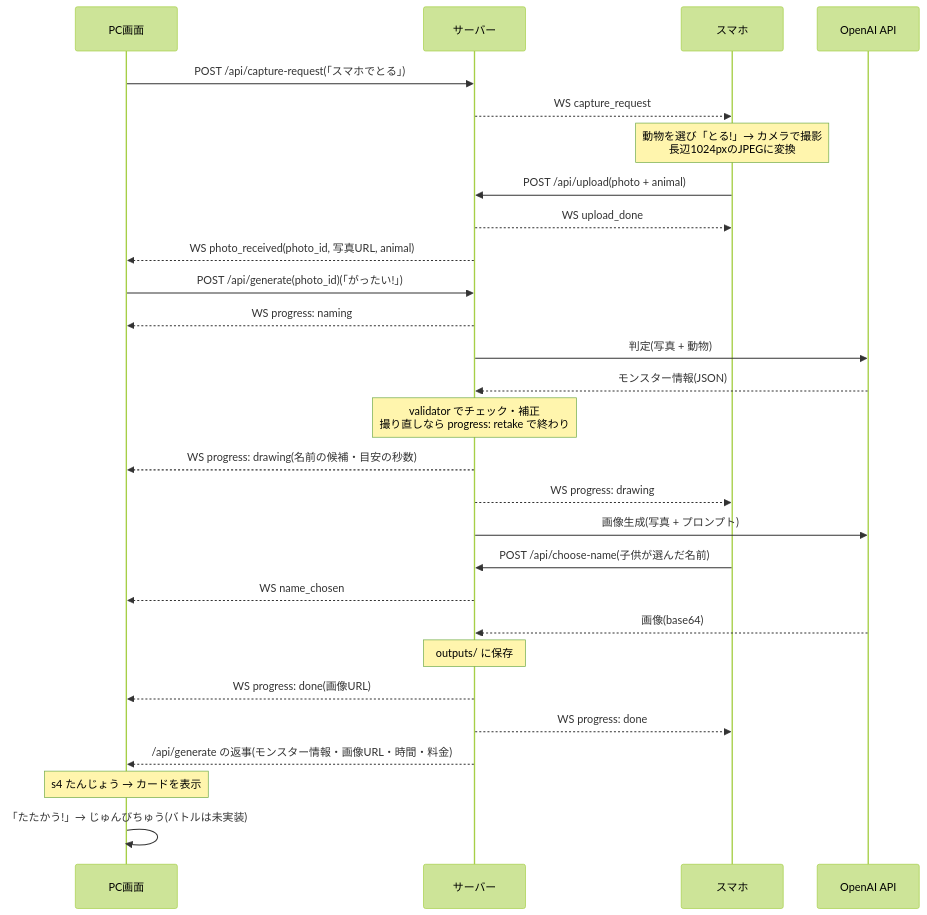
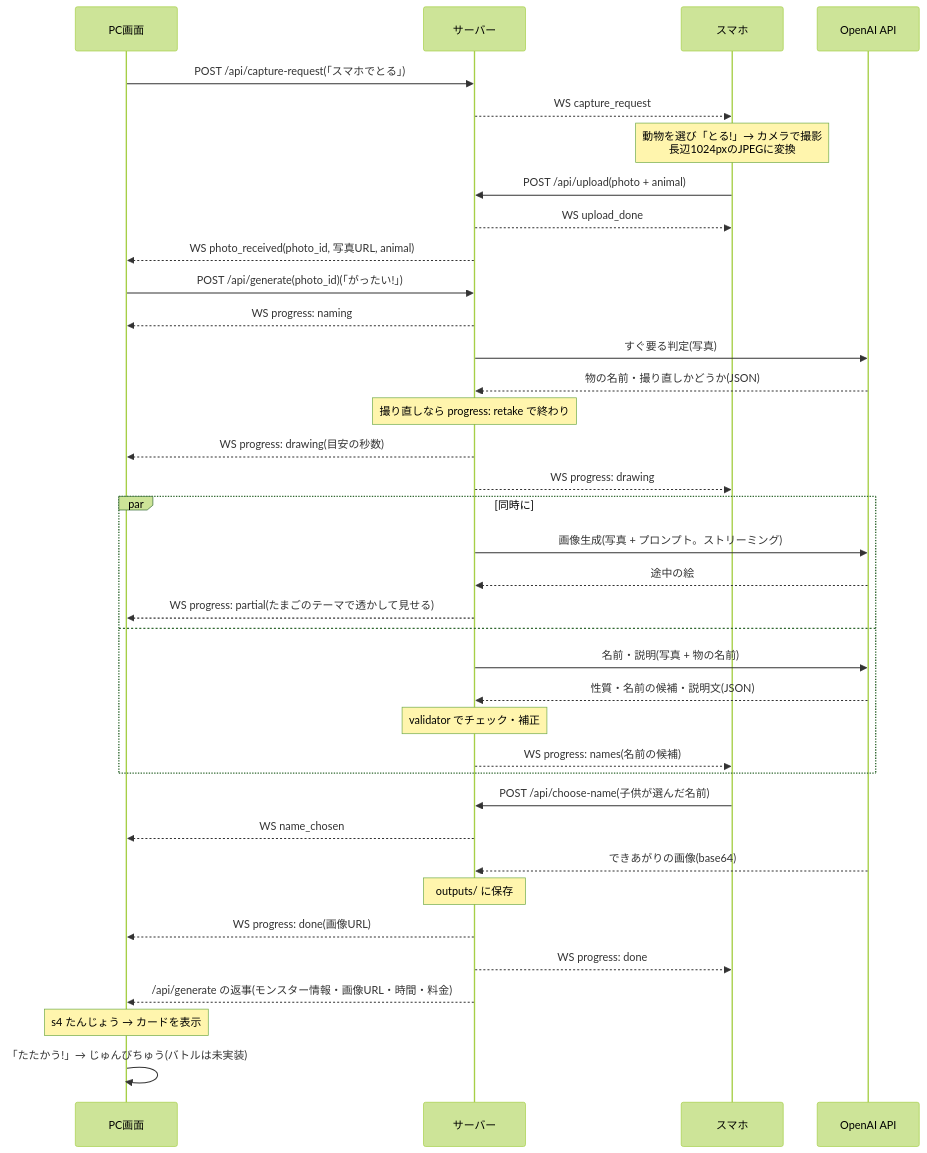
The second of 2 diagrams in docs/ARCHITECTURE.md (Rikuruut/monjan-game), drawn with Mermaid (forest theme) before and after one commit. The commit also changed other lines of this file and 34 other files, not shown here.

````diff
--- a/docs/ARCHITECTURE.md
+++ b/docs/ARCHITECTURE.md
@@ -69,31 +69,40 @@
 ```mermaid
 sequenceDiagram
     participant P as PC画面
     participant S as サーバー
     participant M as スマホ
     participant O as OpenAI API
 
     P->>S: POST /api/capture-request(「スマホでとる」)
     S-->>M: WS capture_request
     Note over M: 動物を選び「とる!」→ カメラで撮影<br>長辺1024pxのJPEGに変換
     M->>S: POST /api/upload(photo + animal)
     S-->>M: WS upload_done
     S-->>P: WS photo_received(photo_id, 写真URL, animal)
     P->>S: POST /api/generate(photo_id)(「がったい!」)
     S-->>P: WS progress: naming
-    S->>O: 判定(写真 + 動物)
-    O-->>S: モンスター情報(JSON)
-    Note over S: validator でチェック・補正<br>撮り直しなら progress: retake で終わり
-    S-->>P: WS progress: drawing(名前の候補・目安の秒数)
+    S->>O: すぐ要る判定(写真)
+    O-->>S: 物の名前・撮り直しかどうか(JSON)
+    Note over S: 撮り直しなら progress: retake で終わり
+    S-->>P: WS progress: drawing(目安の秒数)
     S-->>M: WS progress: drawing
-    S->>O: 画像生成(写真 + プロンプト)
+    par 同時に
+        S->>O: 画像生成(写真 + プロンプト。ストリーミング)
+        O-->>S: 途中の絵
+        S-->>P: WS progress: partial(たまごのテーマで透かして見せる)
+    and
+        S->>O: 名前・説明(写真 + 物の名前)
+        O-->>S: 性質・名前の候補・説明文(JSON)
+        Note over S: validator でチェック・補正
+        S-->>M: WS progress: names(名前の候補)
+    end
     M->>S: POST /api/choose-name(子供が選んだ名前)
     S-->>P: WS name_chosen
-    O-->>S: 画像(base64)
+    O-->>S: できあがりの画像(base64)
     Note over S: outputs/ に保存
     S-->>P: WS progress: done(画像URL)
     S-->>M: WS progress: done
     S-->>P: /api/generate の返事(モンスター情報・画像URL・時間・料金)
     Note over P: s4 たんじょう → カードを表示
     P->>P: 「たたかう!」→ じゅんびちゅう(バトルは未実装)
 ```
````
